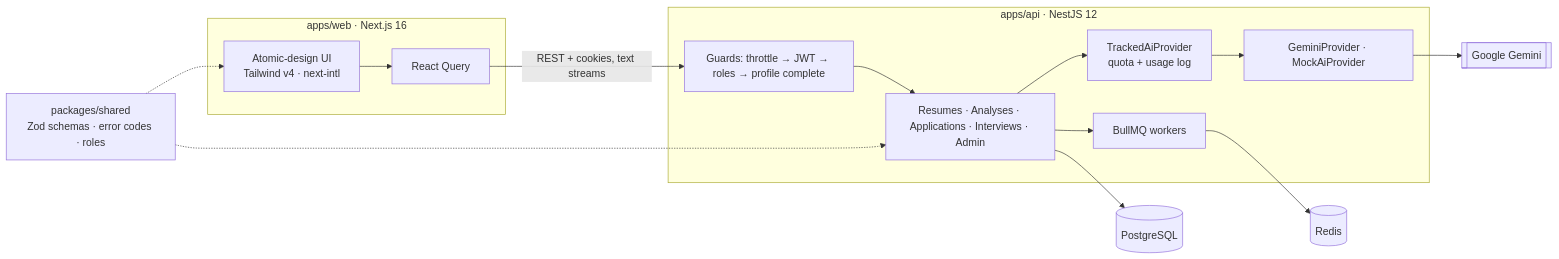
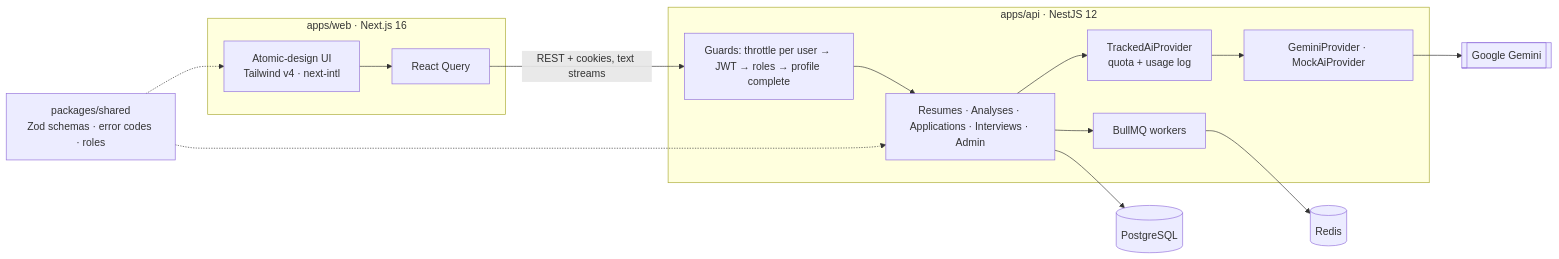
One commit to kaitoshi106/offer_leap changed the diagram in README.md. Above: the diagram before and after it, drawn with Mermaid. The commit also changed other lines of this file and 3 other files, not shown here.

````diff
--- a/README.md
+++ b/README.md
@@ -32,26 +37,26 @@
 ```mermaid
 flowchart LR
   subgraph Web["apps/web · Next.js 16"]
     UI[Atomic-design UI<br/>Tailwind v4 · next-intl]
     RQ[React Query]
   end
   subgraph API["apps/api · NestJS 12"]
-    Guards[Guards: throttle → JWT → roles → profile complete]
+    Guards[Guards: throttle per user → JWT → roles → profile complete]
     Features[Resumes · Analyses · Applications · Interviews · Admin]
     Tracked[TrackedAiProvider<br/>quota + usage log]
     Vendor[GeminiProvider · MockAiProvider]
     Workers[BullMQ workers]
   end
   Shared["packages/shared<br/>Zod schemas · error codes · roles"]
   PG[(PostgreSQL)]
   Redis[(Redis)]
   Gemini[[Google Gemini]]
 
   UI --> RQ -->|REST + cookies, text streams| Guards --> Features
   Features --> Tracked --> Vendor --> Gemini
   Features --> Workers
   Workers --> Redis
   Features --> PG
   Shared -.-> UI
   Shared -.-> Features
 ```
````
